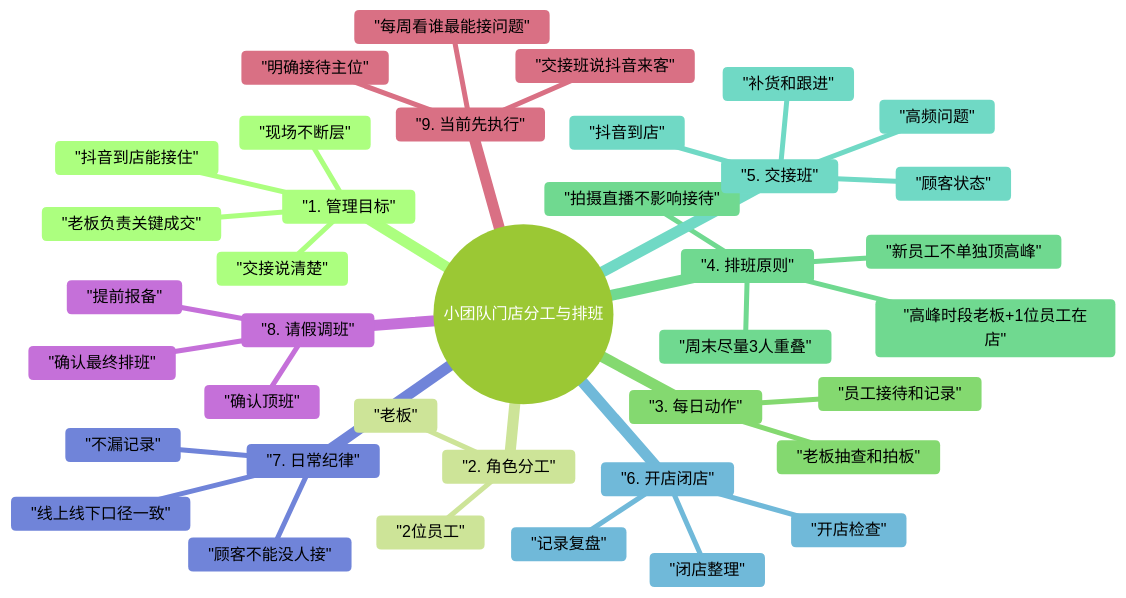
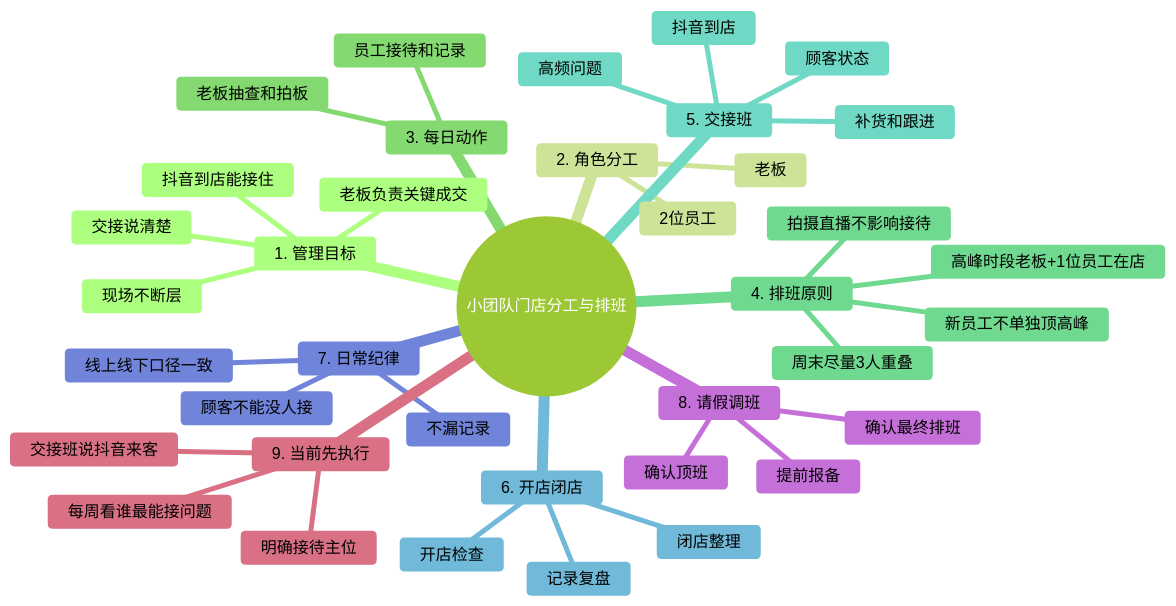
The diagram in mindmaps/08-小团队门店分工与排班手册-mindmap.md (lizhihui0215/Black-Tonny), drawn with Mermaid (forest theme) before and after one commit. The commit also changed 29 other files, not shown here.

Commit message:
docs: fix mermaid mindmaps and add xmind exports

````diff
--- a/mindmaps/08-小团队门店分工与排班手册-mindmap.md
+++ b/mindmaps/08-小团队门店分工与排班手册-mindmap.md
@@ -3,41 +3,41 @@
 ```mermaid
 mindmap
-  root(("小团队门店分工与排班"))
-    "1. 管理目标"
-      "现场不断层"
-      "老板负责关键成交"
-      "抖音到店能接住"
-      "交接说清楚"
-    "2. 角色分工"
-      "老板"
-      "2位员工"
-    "3. 每日动作"
-      "老板抽查和拍板"
-      "员工接待和记录"
-    "4. 排班原则"
-      "高峰时段老板+1位员工在店"
-      "周末尽量3人重叠"
-      "拍摄直播不影响接待"
-      "新员工不单独顶高峰"
-    "5. 交接班"
-      "顾客状态"
-      "抖音到店"
-      "高频问题"
-      "补货和跟进"
-    "6. 开店闭店"
-      "开店检查"
-      "闭店整理"
-      "记录复盘"
-    "7. 日常纪律"
-      "顾客不能没人接"
-      "线上线下口径一致"
-      "不漏记录"
-    "8. 请假调班"
-      "提前报备"
-      "确认顶班"
-      "确认最终排班"
-    "9. 当前先执行"
-      "明确接待主位"
-      "交接班说抖音来客"
-      "每周看谁最能接问题"
+  root((小团队门店分工与排班))
+    1. 管理目标
+      现场不断层
+      老板负责关键成交
+      抖音到店能接住
+      交接说清楚
+    2. 角色分工
+      老板
+      2位员工
+    3. 每日动作
+      老板抽查和拍板
+      员工接待和记录
+    4. 排班原则
+      高峰时段老板+1位员工在店
+      周末尽量3人重叠
+      拍摄直播不影响接待
+      新员工不单独顶高峰
+    5. 交接班
+      顾客状态
+      抖音到店
+      高频问题
+      补货和跟进
+    6. 开店闭店
+      开店检查
+      闭店整理
+      记录复盘
+    7. 日常纪律
+      顾客不能没人接
+      线上线下口径一致
+      不漏记录
+    8. 请假调班
+      提前报备
+      确认顶班
+      确认最终排班
+    9. 当前先执行
+      明确接待主位
+      交接班说抖音来客
+      每周看谁最能接问题
 ```
````
